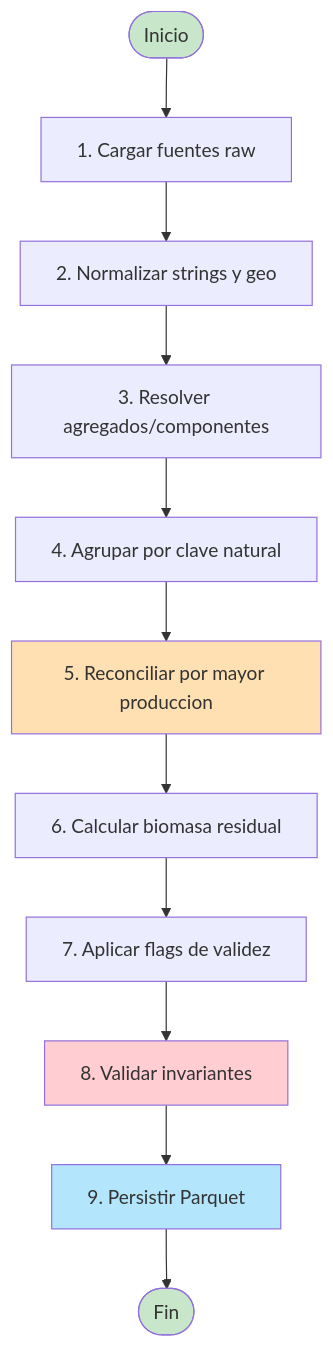
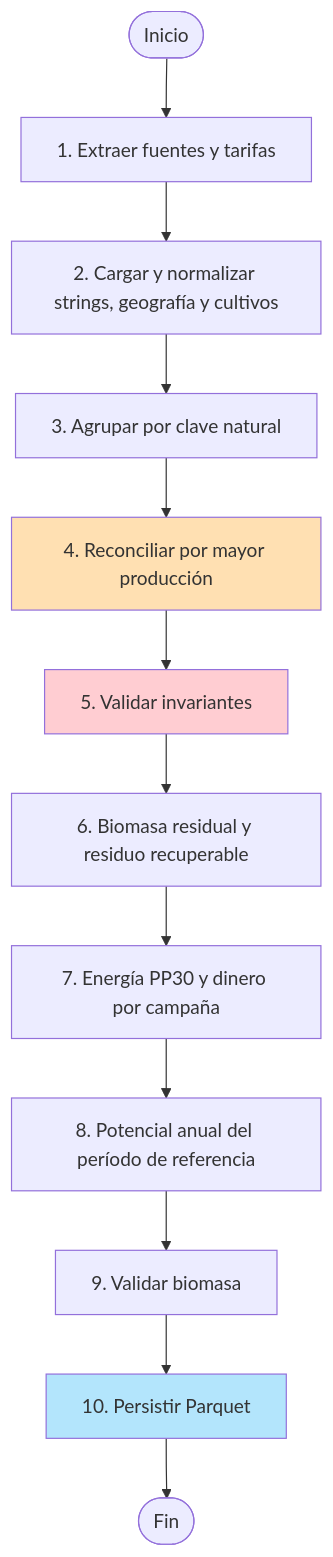
Before and after one commit to marcoeferro/SYNGAS-OPTIMIA-HV: the second of 3 diagrams in README.md, drawn with Mermaid. The commit also changed other lines of this file and 15 other files, not shown here.

First line of the commit message:
docs: README, diagramas y reporte actualizados; cron de Ofelia con segundos

````diff
--- a/README.md
+++ b/README.md
@@ -126,19 +124,18 @@
 ```mermaid
 flowchart TD
-    Start([Inicio]) --> Load[1. Cargar fuentes raw]
-    Load --> Normalize[2. Normalizar strings y geo]
-    Normalize --> Resolve[3. Resolver agregados/componentes]
-    Resolve --> Group[4. Agrupar por clave natural]
-    Group --> Reconcile[5. Reconciliar por mayor produccion]
-    Reconcile --> Biomass[6. Calcular biomasa residual]
-    Biomass --> Flags[7. Aplicar flags de validez]
-    Flags --> Validate[8. Validar invariantes]
-    Validate --> Persist[9. Persistir Parquet]
+    Start([Inicio]) --> Ext[1. Extraer fuentes y tarifas]
+    Ext --> Load[2. Cargar y normalizar strings, geografía y cultivos]
+    Load --> Group[3. Agrupar por clave natural]
+    Group --> Reconcile[4. Reconciliar por mayor producción]
+    Reconcile --> Validate[5. Validar invariantes]
+    Validate --> Biomass[6. Biomasa residual y residuo recuperable]
+    Biomass --> Energy[7. Energía PP30 y dinero por campaña]
+    Energy --> Annual[8. Potencial anual del período de referencia]
+    Annual --> Check[9. Validar biomasa]
+    Check --> Persist[10. Persistir Parquet]
     Persist --> End([Fin])
 
-    style Start fill:#c8e6c9
-    style End fill:#c8e6c9
     style Reconcile fill:#ffe0b2
     style Validate fill:#ffcdd2
     style Persist fill:#b3e5fc
 ```
````
